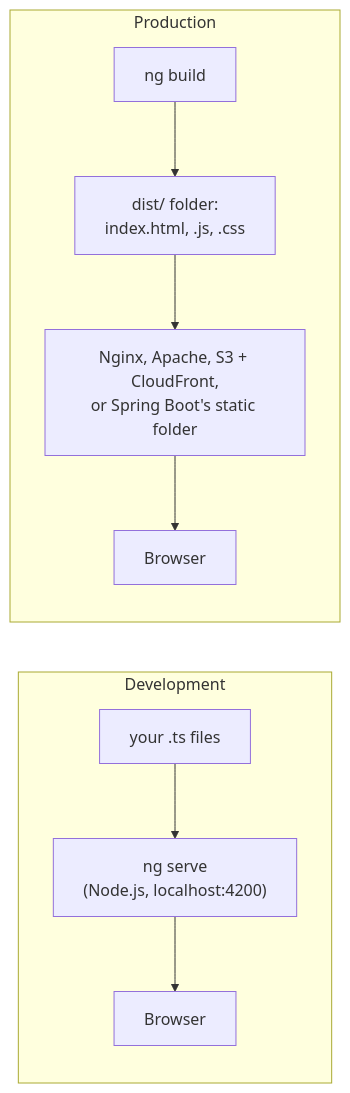
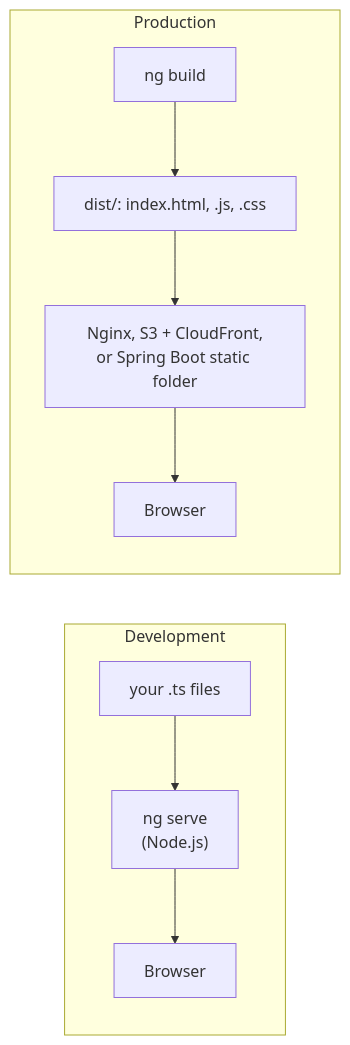
One commit to sathsure/Tech-Mastery-Hub changed the second of 2 diagrams in interview/under-the-hood/17-Local-Servers-and-Finding-Devices.md. Above: the diagram before and after it, drawn with Mermaid. The commit also changed other lines of this file and 69 other files, not shown here.

````diff
--- a/interview/under-the-hood/17-Local-Servers-and-Finding-Devices.md
+++ b/interview/under-the-hood/17-Local-Servers-and-Finding-Devices.md
@@ -49,9 +61,9 @@
 ```mermaid
 flowchart LR
   subgraph Dev["Development"]
-    S["your .ts files"] --> D["ng serve<br/>(Node.js, localhost:4200)"] --> BR1["Browser"]
+    S["your .ts files"] --> D["ng serve<br/>(Node.js)"] --> BR1["Browser"]
   end
   subgraph Prod["Production"]
-    S2["ng build"] --> F["dist/ folder:<br/>index.html, .js, .css"] --> W["Nginx, Apache, S3 + CloudFront,<br/>or Spring Boot's static folder"] --> BR2["Browser"]
+    S2["ng build"] --> F["dist/: index.html, .js, .css"] --> W["Nginx, S3 + CloudFront,<br/>or Spring Boot static folder"] --> BR2["Browser"]
   end
 ```
````
